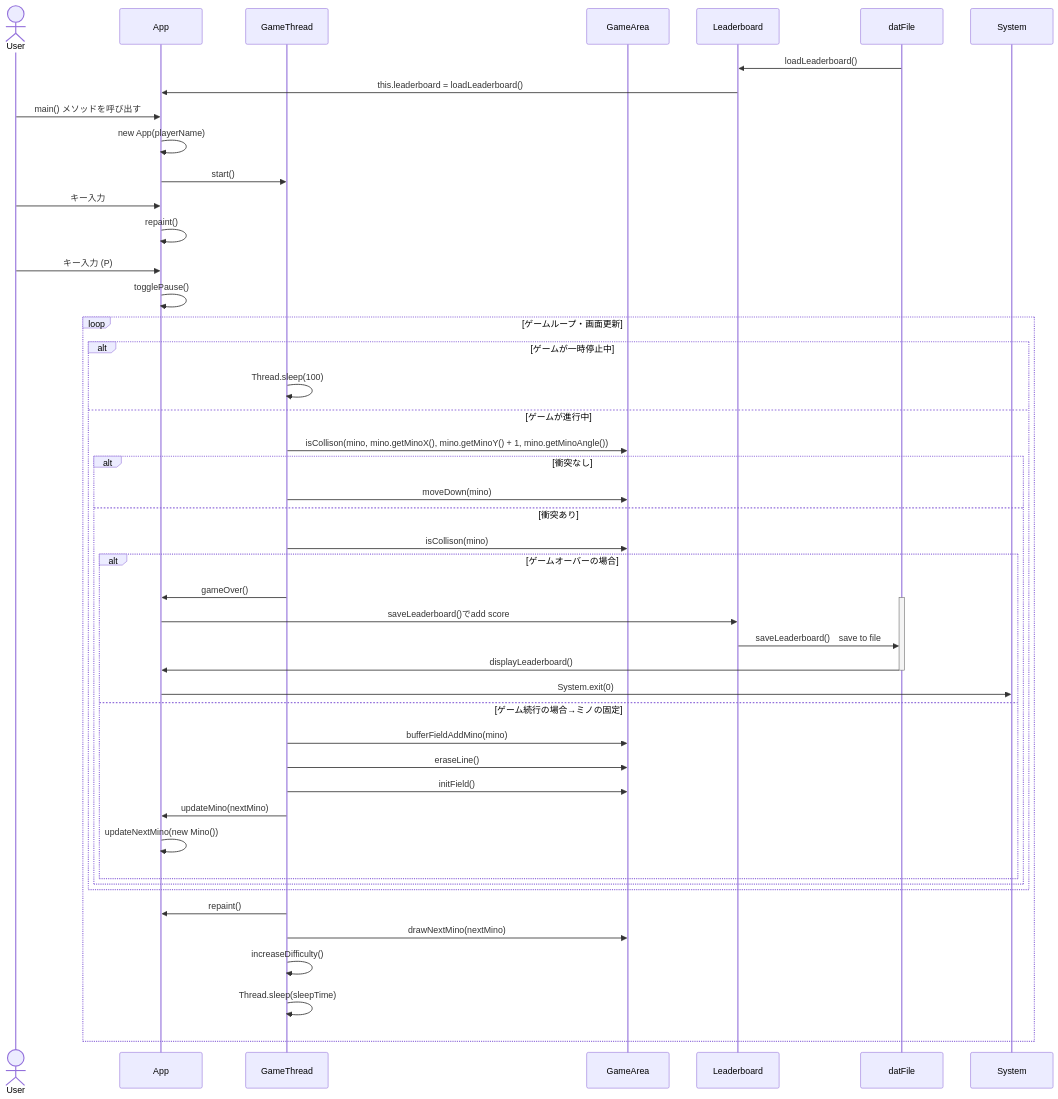
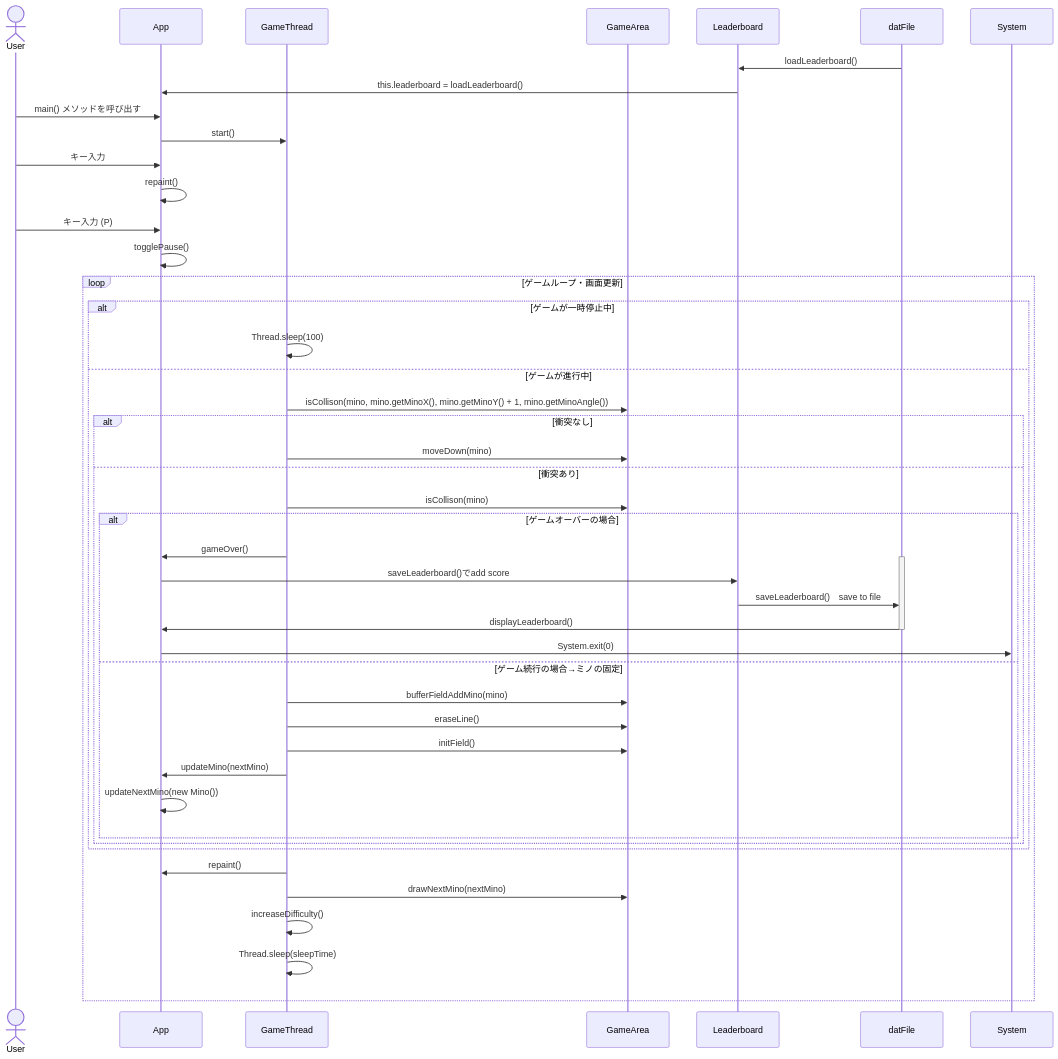
Before and after one commit to keigo66/teamB_TETRIS: the diagram in sequenceDiagram.md, drawn with Mermaid.

````diff
--- a/sequenceDiagram.md
+++ b/sequenceDiagram.md
@@ -1,60 +1,59 @@
 ```mermaid
 
 sequenceDiagram
     Actor User
     participant App
     participant GameThread
     participant GameArea
     participant Leaderboard
     participant datFile
 
     %% ゲーム開始
     datFile ->>Leaderboard :loadLeaderboard()
     Leaderboard ->>App :this.leaderboard = loadLeaderboard()
     User->>App: main() メソッドを呼び出す
-    App->>App: new App(playerName)
     App->>GameThread: start()
 
     %% ミノの操作
     User->>App: キー入力
     App->>App: repaint()
 
 
     %% 一時停止
     User->>App: キー入力 (P)
     App->>App: togglePause()
 
     %% ゲームスレッドの処理
     loop ゲームループ・画面更新
         alt ゲームが一時停止中
             GameThread->>GameThread: Thread.sleep(100)
         else ゲームが進行中
             GameThread->>GameArea: isCollison(mino, mino.getMinoX(), mino.getMinoY() + 1, mino.getMinoAngle())
             alt 衝突なし
                 GameThread->>GameArea: moveDown(mino)
             else 衝突あり
                 GameThread->>GameArea: isCollison(mino)
                 alt ゲームオーバーの場合
                     GameThread->>App: gameOver()
                     Activate datFile
                     App->>Leaderboard: saveLeaderboard()でadd score　
                     Leaderboard->>datFile :saveLeaderboard()　save to file
                     
                     datFile->>App: displayLeaderboard()
                     deactivate datFile
                     App->>System: System.exit(0)
                 else ゲーム続行の場合→ミノの固定
                     GameThread->>GameArea: bufferFieldAddMino(mino)
                     GameThread->>GameArea: eraseLine()
                     GameThread->>GameArea: initField()
                     GameThread->>App: updateMino(nextMino)
                     App->>App: updateNextMino(new Mino())
                 end
             end
         end
         GameThread->>App: repaint()
         GameThread->>GameArea: drawNextMino(nextMino)
         GameThread->>GameThread: increaseDifficulty()
         GameThread->>GameThread: Thread.sleep(sleepTime)
     end
 ```
````
